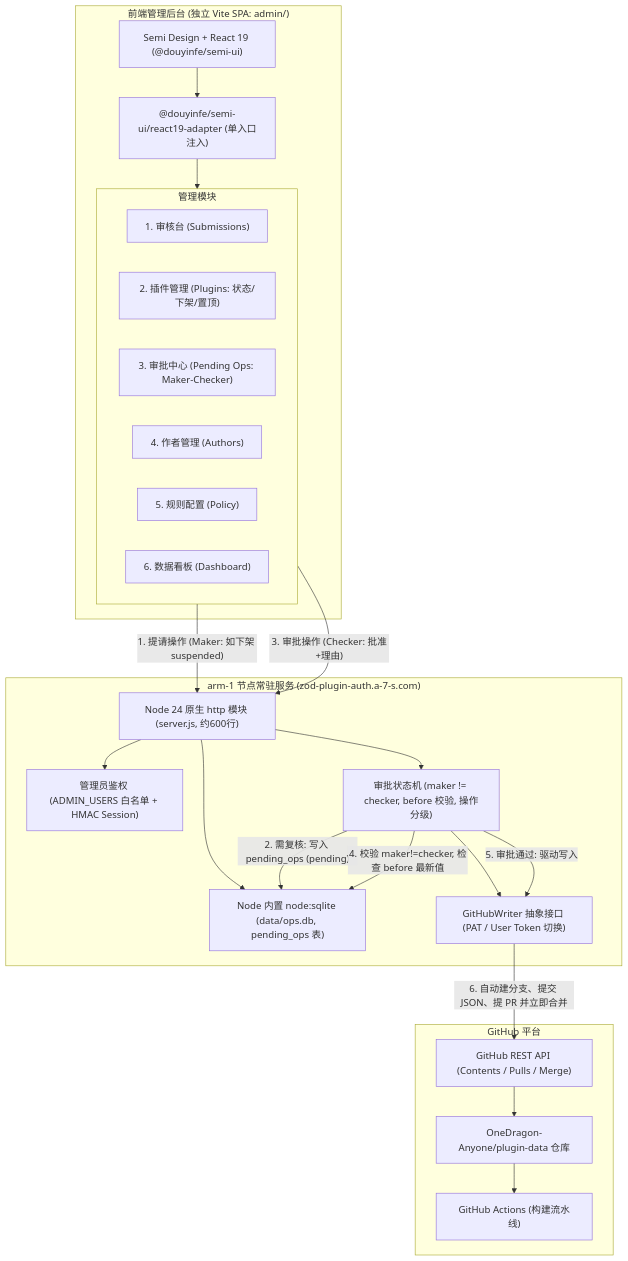
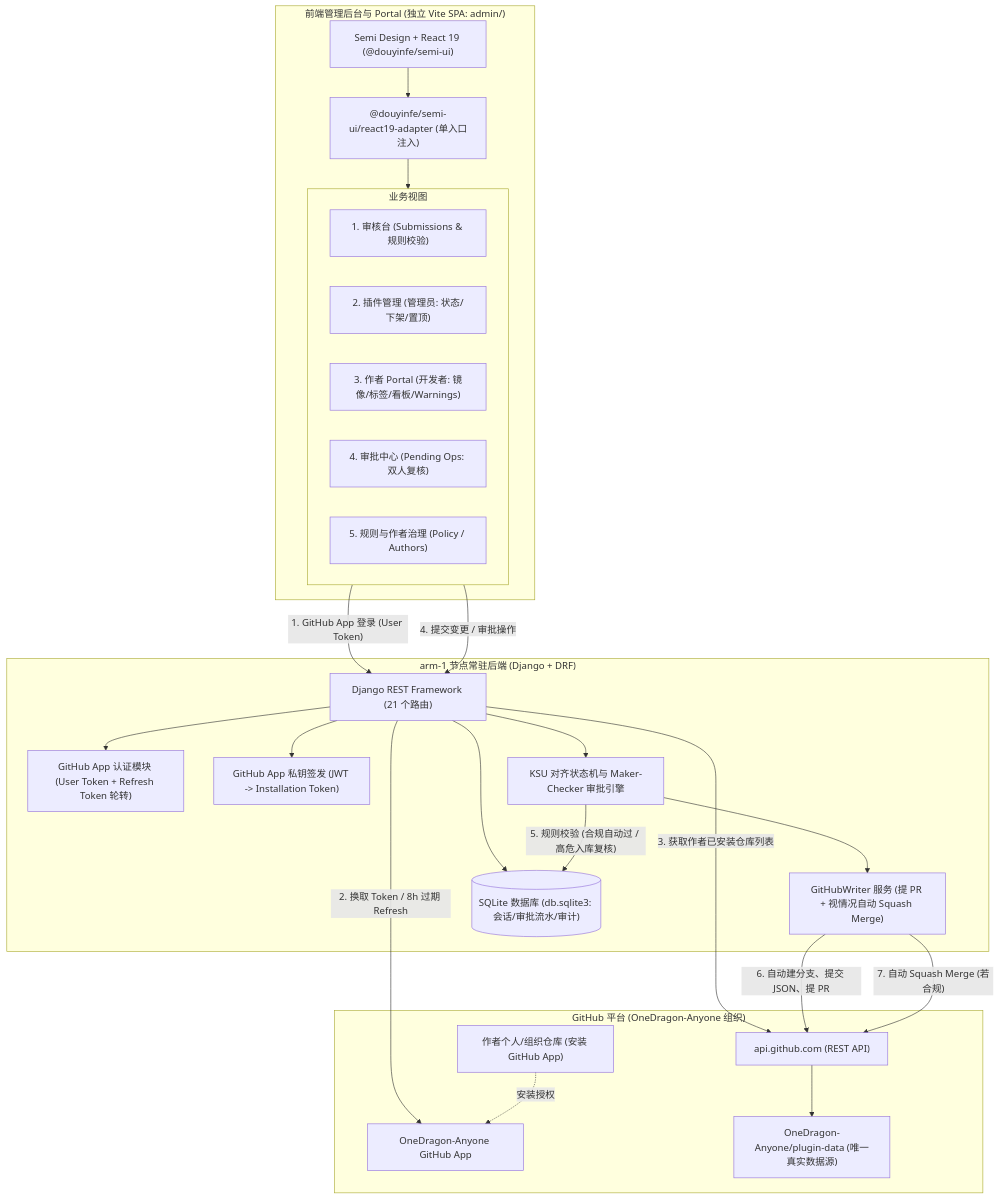
One commit to OneDragon-Anyone/plugin-market changed the diagram in docs/design/Z0D-3/design.md. Above: the diagram before and after it, drawn with Mermaid. The commit also changed other lines of this file and 1 other file, not shown here.

Commit message:
docs(design): align architecture with KernelSU Portal model (GitHub App, Django+DRF, semi-ui) (Z0D-3, Z0D-9)

````diff
--- a/docs/design/Z0D-3/design.md
+++ b/docs/design/Z0D-3/design.md
@@ -69,45 +78,48 @@
 ```mermaid
 flowchart TD
-    subgraph Client ["前端管理后台 (独立 Vite SPA: admin/)"]
+    subgraph Client ["前端管理后台与 Portal (独立 Vite SPA: admin/)"]
         SemiUI["Semi Design + React 19 (@douyinfe/semi-ui)"]
         Adapter["@douyinfe/semi-ui/react19-adapter (单入口注入)"]
-        subgraph Panels ["管理模块"]
-            P1["1. 审核台 (Submissions)"]
-            P2["2. 插件管理 (Plugins: 状态/下架/置顶)"]
-            P3["3. 审批中心 (Pending Ops: Maker-Checker)"]
-            P4["4. 作者管理 (Authors)"]
-            P5["5. 规则配置 (Policy)"]
-            P6["6. 数据看板 (Dashboard)"]
+        subgraph Views ["业务视图"]
+            V1["1. 审核台 (Submissions & 规则校验)"]
+            V2["2. 插件管理 (管理员: 状态/下架/置顶)"]
+            V3["3. 作者 Portal (开发者: 镜像/标签/看板/Warnings)"]
+            V4["4. 审批中心 (Pending Ops: 双人复核)"]
+            V5["5. 规则与作者治理 (Policy / Authors)"]
         end
         SemiUI --> Adapter
-        Adapter --> Panels
+        Adapter --> Views
     end
 
-    subgraph Backend ["arm-1 节点常驻服务 (zod-plugin-auth.a-7-s.com)"]
-        HttpServer["Node 24 原生 http 模块 (server.js, 约600行)"]
-        AuthMid["管理员鉴权 (ADMIN_USERS 白名单 + HMAC Session)"]
-        SqliteDB["Node 内置 node:sqlite (data/ops.db, pending_ops 表)"]
-        MakerChecker["审批状态机 (maker != checker, before 校验, 操作分级)"]
-        WriterInterface["GitHubWriter 抽象接口 (PAT / User Token 切换)"]
+    subgraph Backend ["arm-1 节点常驻后端 (Django + DRF)"]
+        DRF["Django REST Framework (21 个路由)"]
+        AppAuth["GitHub App 认证模块 (User Token + Refresh Token 轮转)"]
+        AppJWT["GitHub App 私钥签发 (JWT -> Installation Token)"]
+        StateEngine["KSU 对齐状态机与 Maker-Checker 审批引擎"]
+        GitWriter["GitHubWriter 服务 (提 PR + 视情况自动 Squash Merge)"]
+        SQLiteDB[("SQLite 数据库 (db.sqlite3: 会话/审批流水/审计)")]
 
-        HttpServer --> AuthMid
-        HttpServer --> SqliteDB
-        HttpServer --> MakerChecker
-        MakerChecker --> WriterInterface
+        DRF --> AppAuth
+        DRF --> AppJWT
+        DRF --> StateEngine
+        DRF --> SQLiteDB
+        StateEngine --> GitWriter
     end
 
-    subgraph GitHub ["GitHub 平台"]
-        DataRepo["OneDragon-Anyone/plugin-data 仓库"]
-        GHRest["GitHub REST API (Contents / Pulls / Merge)"]
-        Actions["GitHub Actions (构建流水线)"]
+    subgraph GitHub ["GitHub 平台 (OneDragon-Anyone 组织)"]
+        GHApp["OneDragon-Anyone GitHub App"]
+        GHRest["api.github.com (REST API)"]
+        DataRepo["OneDragon-Anyone/plugin-data (唯一真实数据源)"]
+        AuthorRepo["作者个人/组织仓库 (安装 GitHub App)"]
     end
 
-    Panels -- "1. 提请操作 (Maker: 如下架 suspended)" --> HttpServer
-    MakerChecker -- "2. 需复核: 写入 pending_ops (pending)" --> SqliteDB
-    Panels -- "3. 审批操作 (Checker: 批准+理由)" --> HttpServer
-    MakerChecker -- "4. 校验 maker!=checker, 检查 before 最新值" --> SqliteDB
-    MakerChecker -- "5. 审批通过: 驱动写入" --> WriterInterface
-    WriterInterface -- "6. 自动建分支、提交 JSON、提 PR 并立即合并" --> GHRest
+    Views -- "1. GitHub App 登录 (User Token)" --> DRF
+    DRF -- "2. 换取 Token / 8h 过期 Refresh" --> GHApp
+    DRF -- "3. 获取作者已安装仓库列表" --> GHRest
+    AuthorRepo -. "安装授权" .-> GHApp
+    Views -- "4. 提交变更 / 审批操作" --> DRF
+    StateEngine -- "5. 规则校验 (合规自动过 / 高危入库复核)" --> SQLiteDB
+    GitWriter -- "6. 自动建分支、提交 JSON、提 PR" --> GHRest
+    GitWriter -- "7. 自动 Squash Merge (若合规)" --> GHRest
     GHRest --> DataRepo
-    DataRepo --> Actions
 ```
````
